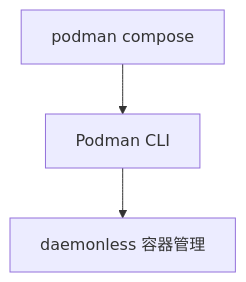
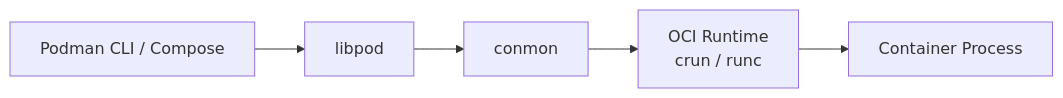
One commit to hwang-protocol/docker_k8s_2026 changed the fourth of 8 diagrams in docker/docker_7_other/README.md. Above: the diagram before and after it, drawn with Mermaid. The commit also changed other lines of this file, not shown here.

````diff
--- a/docker/docker_7_other/README.md
+++ b/docker/docker_7_other/README.md
@@ -177,8 +154,7 @@
 ```mermaid
-flowchart TD
-  PodmanCLI[Podman CLI]
-  Libpod[daemonless 容器管理]
-  PodmanCompose[podman compose]
-  PodmanCLI --> Libpod
-  PodmanCompose --> PodmanCLI
+flowchart LR
+  PodmanCLI[Podman CLI / Compose] --> Libpod[libpod]
+  Libpod --> Conmon[conmon]
+  Conmon --> OCI[OCI Runtime<br/>crun / runc]
+  OCI --> Process[Container Process]
 ```
````
